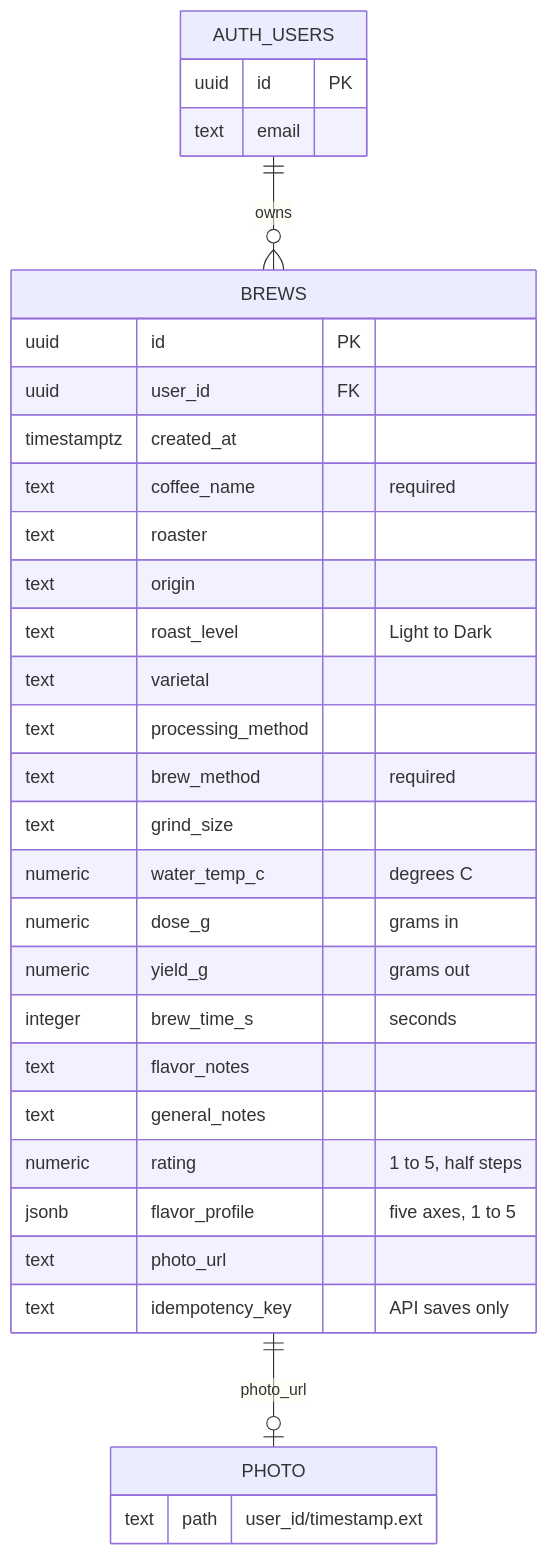
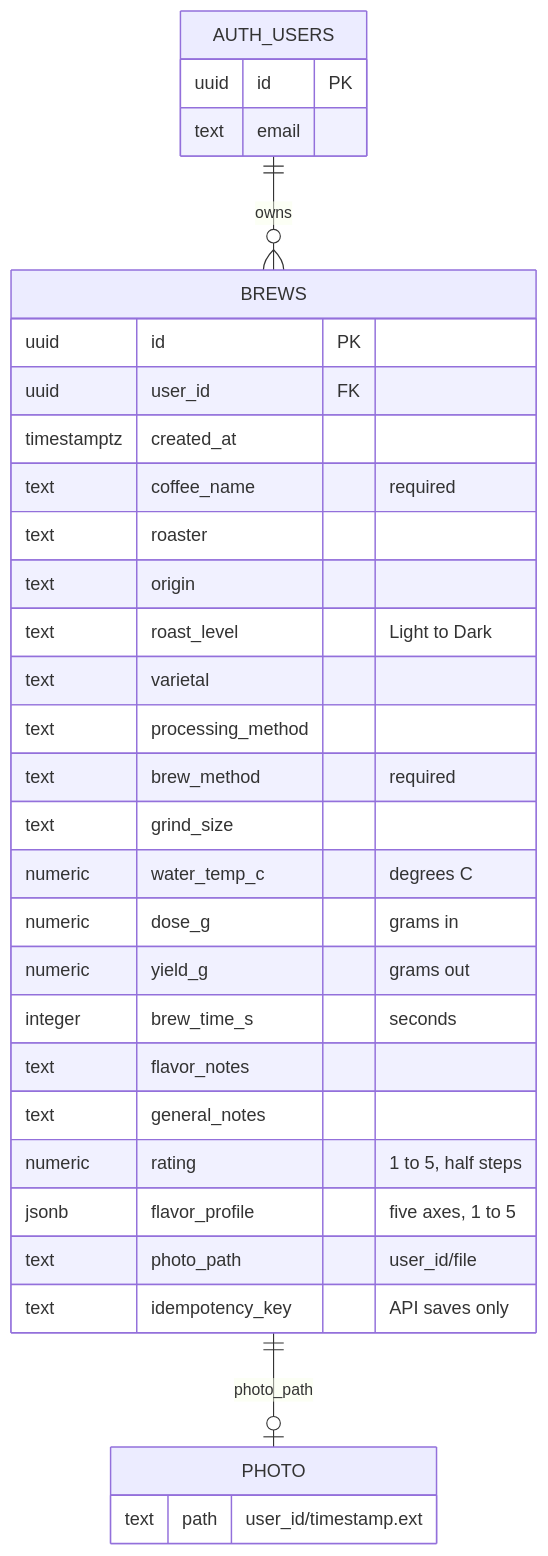
Before and after one commit to antmelon/BruLogger: the fourth of 6 diagrams in README.md, drawn with Mermaid. The commit also changed other lines of this file and 19 other files, not shown here.

````diff
--- a/README.md
+++ b/README.md
@@ -138,38 +138,38 @@
 ```mermaid
 erDiagram
   AUTH_USERS ||--o{ BREWS : owns
-  BREWS ||--o| PHOTO : "photo_url"
+  BREWS ||--o| PHOTO : "photo_path"
 
   AUTH_USERS {
     uuid id PK
     text email
   }
 
   BREWS {
     uuid id PK
     uuid user_id FK
     timestamptz created_at
     text coffee_name "required"
     text roaster
     text origin
     text roast_level "Light to Dark"
     text varietal
     text processing_method
     text brew_method "required"
     text grind_size
     numeric water_temp_c "degrees C"
     numeric dose_g "grams in"
     numeric yield_g "grams out"
     integer brew_time_s "seconds"
     text flavor_notes
     text general_notes
     numeric rating "1 to 5, half steps"
     jsonb flavor_profile "five axes, 1 to 5"
-    text photo_url
+    text photo_path "user_id/file"
     text idempotency_key "API saves only"
   }
 
   PHOTO {
     text path "user_id/timestamp.ext"
   }
 ```
````
